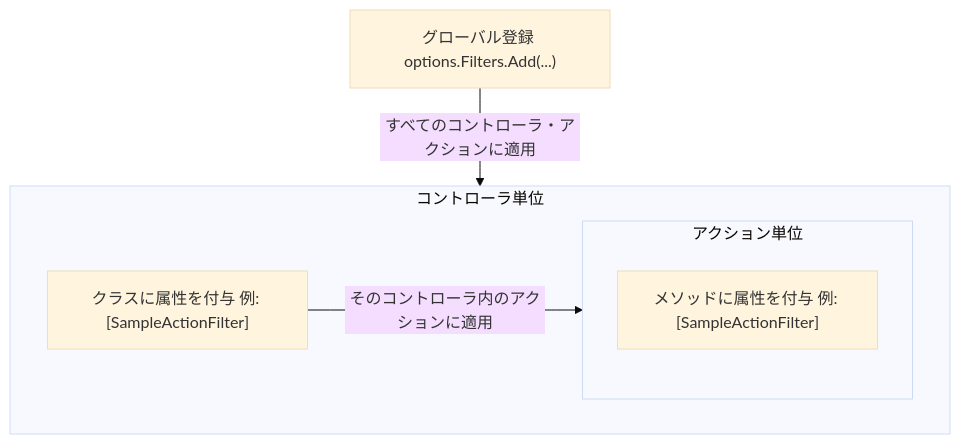
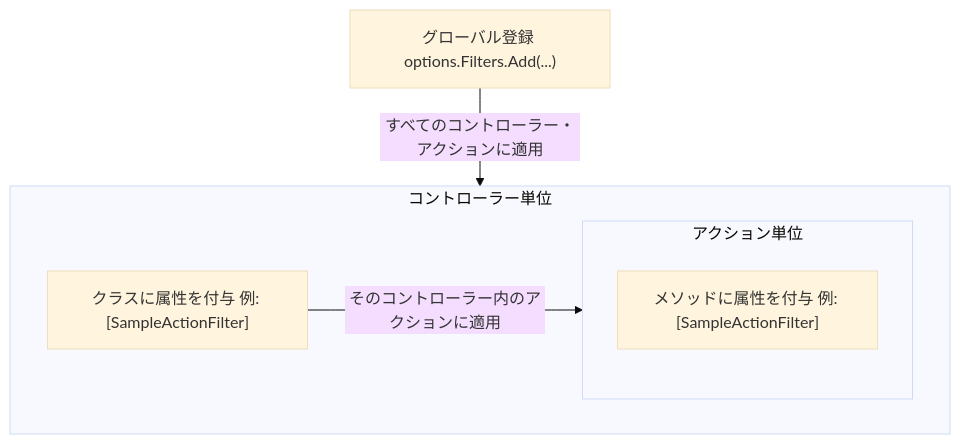
One commit to microsoft/aspnetcore-ja-handbook changed the eighth of 8 diagrams in docs/03-mvc-web-and-api.md. Above: the diagram before and after it, drawn with Mermaid (base theme). The commit also changed other lines of this file and 5 other files, not shown here.

````diff
--- a/docs/03-mvc-web-and-api.md
+++ b/docs/03-mvc-web-and-api.md
@@ -950,12 +950,12 @@
 ```mermaid
 flowchart TD
     G["グローバル登録 options.Filters.Add(...)"]
-    subgraph ctrl ["コントローラ単位"]
+    subgraph ctrl ["コントローラー単位"]
         CA["クラスに属性を付与 例: [SampleActionFilter]"]
         subgraph act ["アクション単位"]
             AA["メソッドに属性を付与 例: [SampleActionFilter]"]
         end
     end
-    G -->|すべてのコントローラ・アクションに適用| ctrl
-    CA -->|そのコントローラ内のアクションに適用| act
+    G -->|すべてのコントローラー・アクションに適用| ctrl
+    CA -->|そのコントローラー内のアクションに適用| act
 ```
````
